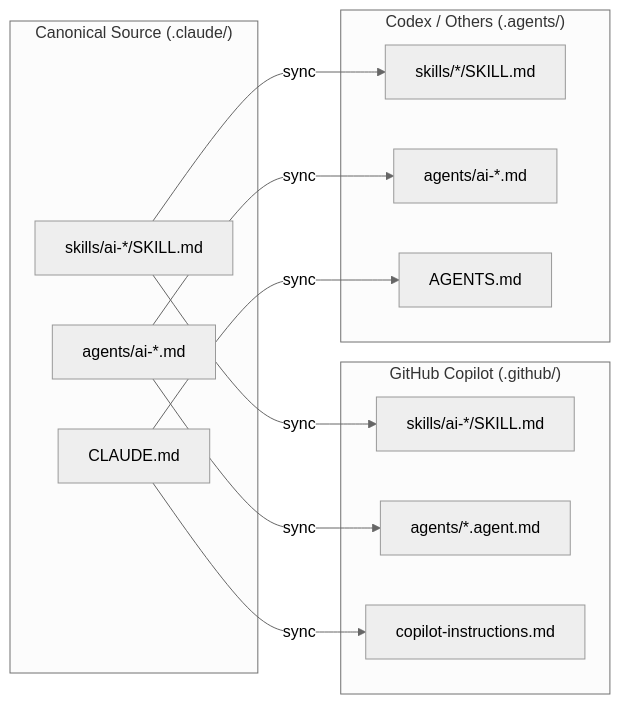
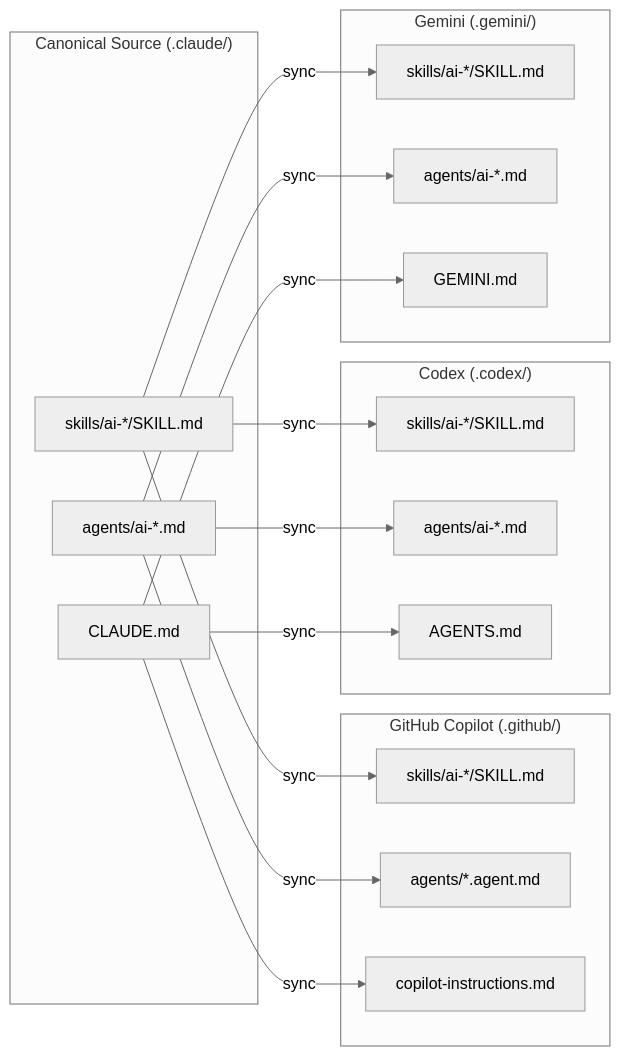
One commit to arcasilesgroup/ai-engineering changed the fourth of 13 diagrams in docs/solution-intent.md. Above: the diagram before and after it, drawn with Mermaid (neutral theme). The commit also changed other lines of this file and 722 other files, not shown here.

````diff
--- a/docs/solution-intent.md
+++ b/docs/solution-intent.md
@@ -219,27 +219,36 @@
 ```mermaid
 graph LR
     subgraph Canonical["Canonical Source (.claude/)"]
         CS["skills/ai-*/SKILL.md"]
         CA["agents/ai-*.md"]
         CI["CLAUDE.md"]
     end
 
     subgraph GitHub["GitHub Copilot (.github/)"]
         GS["skills/ai-*/SKILL.md"]
         GA["agents/*.agent.md"]
         GI["copilot-instructions.md"]
     end
 
-    subgraph Agents["Codex / Others (.agents/)"]
-        AS["skills/*/SKILL.md"]
-        AA["agents/ai-*.md"]
-        AI["AGENTS.md"]
+    subgraph Codex["Codex (.codex/)"]
+        XS["skills/ai-*/SKILL.md"]
+        XA["agents/ai-*.md"]
+        XI["AGENTS.md"]
+    end
+
+    subgraph Gemini["Gemini (.gemini/)"]
+        MS["skills/ai-*/SKILL.md"]
+        MA["agents/ai-*.md"]
+        MI["GEMINI.md"]
     end
 
     CS -->|sync| GS
-    CS -->|sync| AS
+    CS -->|sync| XS
+    CS -->|sync| MS
     CA -->|sync| GA
-    CA -->|sync| AA
+    CA -->|sync| XA
+    CA -->|sync| MA
     CI -->|sync| GI
-    CI -->|sync| AI
+    CI -->|sync| XI
+    CI -->|sync| MI
 ```
````
